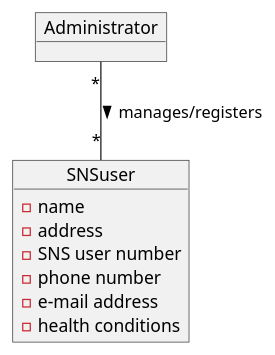
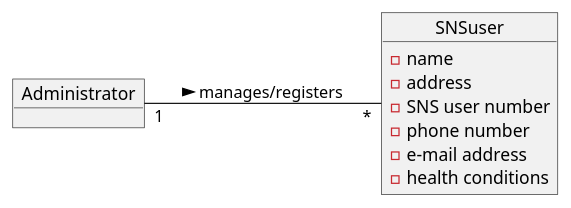
Before and after one commit to osnilas/SNSsystem: the diagram in docs/SprintC/US014/US014_DM.puml, drawn with PlantUML. The commit also changed 8 other files, not shown here.

```diff
--- a/docs/SprintC/US014/US014_DM.puml
+++ b/docs/SprintC/US014/US014_DM.puml
@@ -1,18 +1,18 @@
 @startuml
 'https://plantuml.com/class-diagram
-
+left to right direction
 
 object SNSuser{
 -name
 -address
 -SNS user number
 -phone number
 -e-mail address
 -health conditions
 }
 object Administrator
 
-Administrator"*" -- "*" SNSuser: > manages/registers
+Administrator"1" -- "*" SNSuser: > manages/registers
 
 
 @enduml
```
